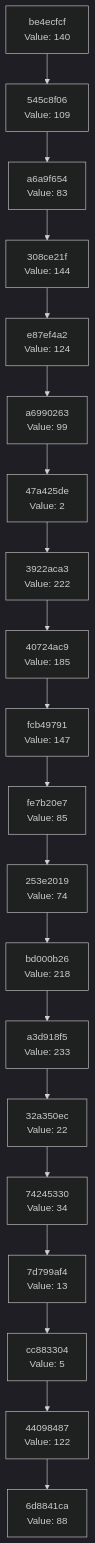
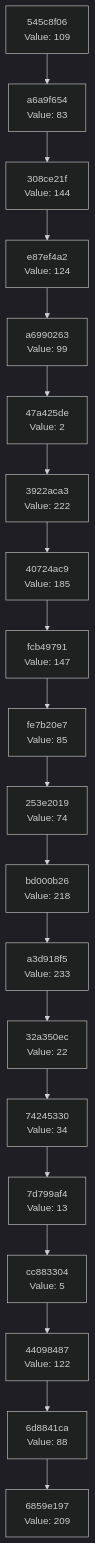
One commit to Abhisheksinha1506/hash-chain-evolver changed the diagram in docs/CHAIN_VISUALIZATION.md. Above: the diagram before and after it, drawn with Mermaid (dark theme). The commit also changed 2 other files, not shown here.

Commit message:
Evolution Step

````diff
--- a/docs/CHAIN_VISUALIZATION.md
+++ b/docs/CHAIN_VISUALIZATION.md
@@ -3,42 +3,42 @@
 ```mermaid
 graph TD
-    C0["6d8841ca<br/>Value: 88"]
-    C1["44098487<br/>Value: 122"]
+    C0["6859e197<br/>Value: 209"]
+    C1["6d8841ca<br/>Value: 88"]
     C1 --> C0
-    C2["cc883304<br/>Value: 5"]
+    C2["44098487<br/>Value: 122"]
     C2 --> C1
-    C3["7d799af4<br/>Value: 13"]
+    C3["cc883304<br/>Value: 5"]
     C3 --> C2
-    C4["74245330<br/>Value: 34"]
+    C4["7d799af4<br/>Value: 13"]
     C4 --> C3
-    C5["32a350ec<br/>Value: 22"]
+    C5["74245330<br/>Value: 34"]
     C5 --> C4
-    C6["a3d918f5<br/>Value: 233"]
+    C6["32a350ec<br/>Value: 22"]
     C6 --> C5
-    C7["bd000b26<br/>Value: 218"]
+    C7["a3d918f5<br/>Value: 233"]
     C7 --> C6
-    C8["253e2019<br/>Value: 74"]
+    C8["bd000b26<br/>Value: 218"]
     C8 --> C7
-    C9["fe7b20e7<br/>Value: 85"]
+    C9["253e2019<br/>Value: 74"]
     C9 --> C8
-    C10["fcb49791<br/>Value: 147"]
+    C10["fe7b20e7<br/>Value: 85"]
     C10 --> C9
-    C11["40724ac9<br/>Value: 185"]
+    C11["fcb49791<br/>Value: 147"]
     C11 --> C10
-    C12["3922aca3<br/>Value: 222"]
+    C12["40724ac9<br/>Value: 185"]
     C12 --> C11
-    C13["47a425de<br/>Value: 2"]
+    C13["3922aca3<br/>Value: 222"]
     C13 --> C12
-    C14["a6990263<br/>Value: 99"]
+    C14["47a425de<br/>Value: 2"]
     C14 --> C13
-    C15["e87ef4a2<br/>Value: 124"]
+    C15["a6990263<br/>Value: 99"]
     C15 --> C14
-    C16["308ce21f<br/>Value: 144"]
+    C16["e87ef4a2<br/>Value: 124"]
     C16 --> C15
-    C17["a6a9f654<br/>Value: 83"]
+    C17["308ce21f<br/>Value: 144"]
     C17 --> C16
-    C18["545c8f06<br/>Value: 109"]
+    C18["a6a9f654<br/>Value: 83"]
     C18 --> C17
-    C19["be4ecfcf<br/>Value: 140"]
+    C19["545c8f06<br/>Value: 109"]
     C19 --> C18
 ```
````
